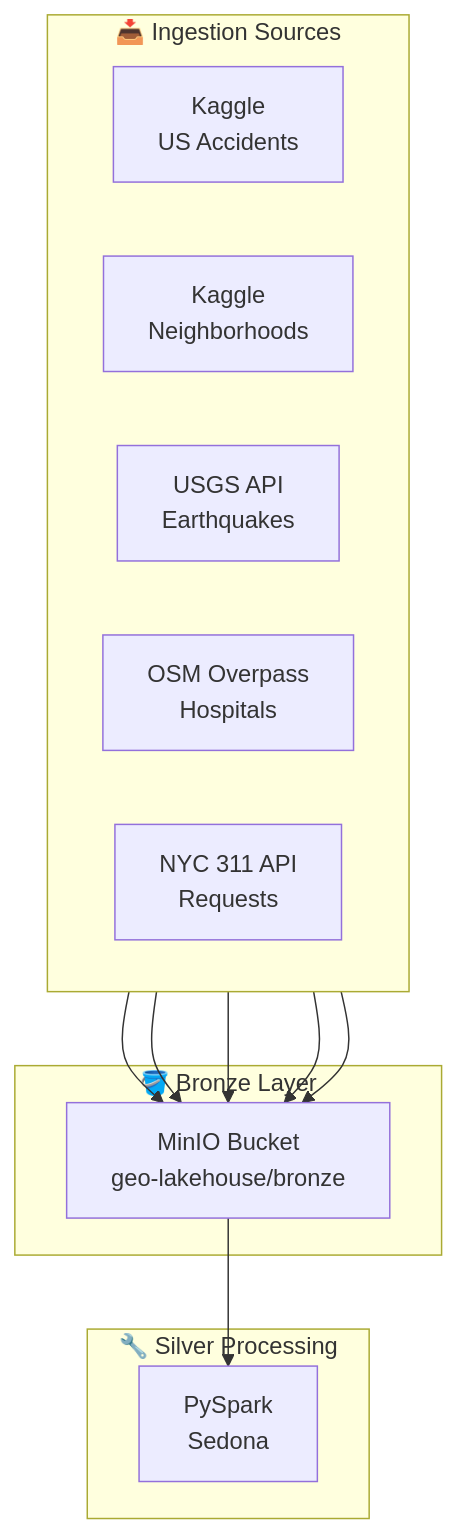
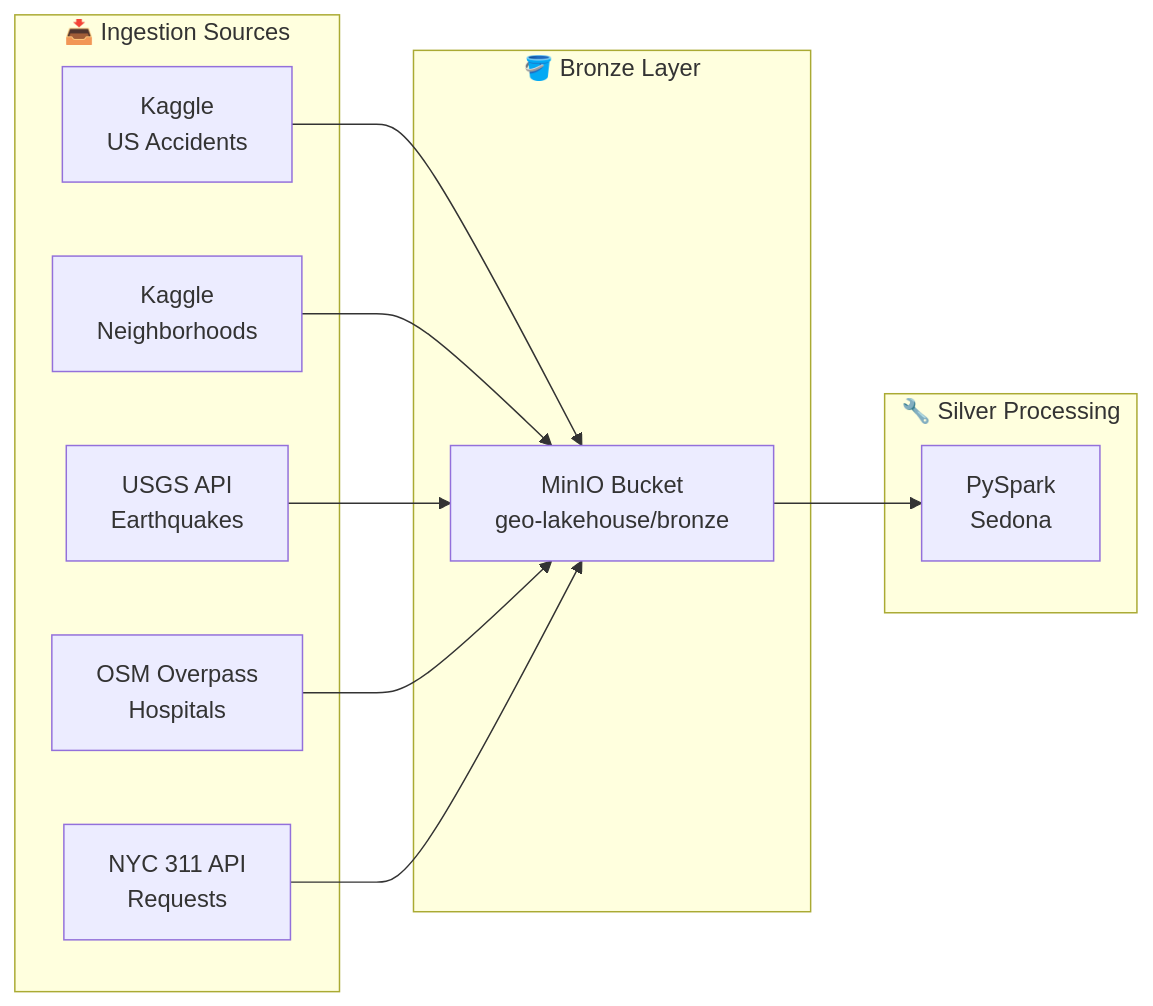
The fourth of 5 diagrams in README.md (matiasmagni/geo-ai-medallion-architecture-pipeline), drawn with Mermaid before and after one commit. The commit also changed other lines of this file, not shown here.

Commit message:
Fix: Use flowchart LR for horizontal data sources

````diff
--- a/README.md
+++ b/README.md
@@ -144,26 +143,25 @@
 ```mermaid
-flowchart TB
+flowchart LR
     subgraph "📥 Ingestion Sources"
-        direction LR
         K1[Kaggle<br/>US Accidents]
         K2[Kaggle<br/>Neighborhoods]
         U[USGS API<br/>Earthquakes]
         O[OSM Overpass<br/>Hospitals]
         N[NYC 311 API<br/>Requests]
     end
     
     subgraph "🪣 Bronze Layer"
         B[MinIO Bucket<br/>geo-lakehouse/bronze]
     end
     
     subgraph "🔧 Silver Processing"
         P[PySpark<br/>Sedona]
     end
     
     K1 --> B
     K2 --> B
     U --> B
     O --> B
     N --> B
     B --> P
 ```
````
